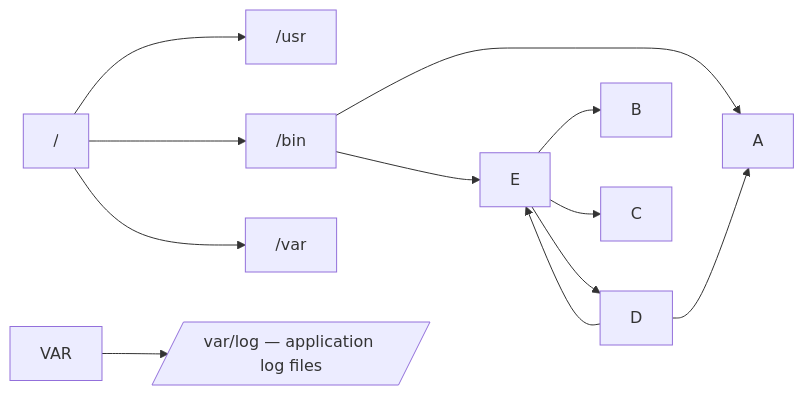
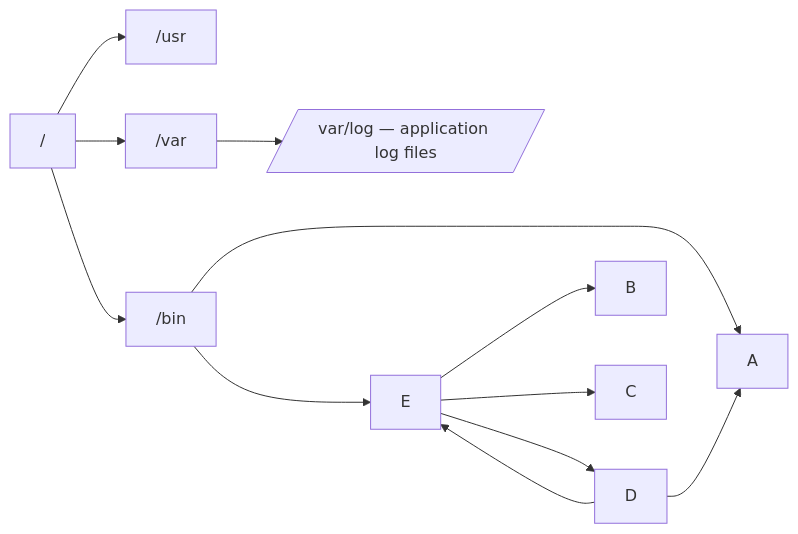
Before and after one commit to blanco-pipelines/plat-eng: the diagram in labs/1.1-file-navigation.md, drawn with Mermaid.

Commit message:
Fix mermaid diagram reference to /var directory

````diff
--- a/labs/1.1-file-navigation.md
+++ b/labs/1.1-file-navigation.md
@@ -135,10 +135,10 @@
    ```mermaid
    graph LR;
        /--> /usr & /bin & /var
-       VAR --> LOG[/var/log — application log files/]:::desc
+       /var --> LOG[/var/log — application log files/]:::desc
        /bin--> A & E
        D--> A & E
        E--> B & C & D
 
 
    ```
````
